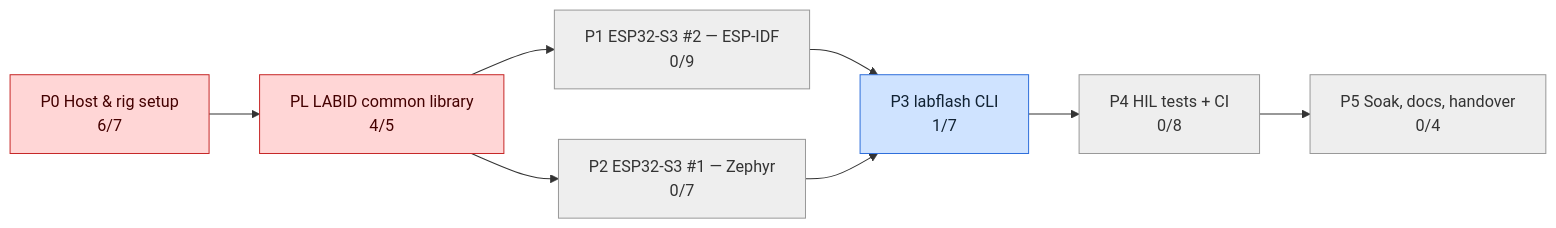
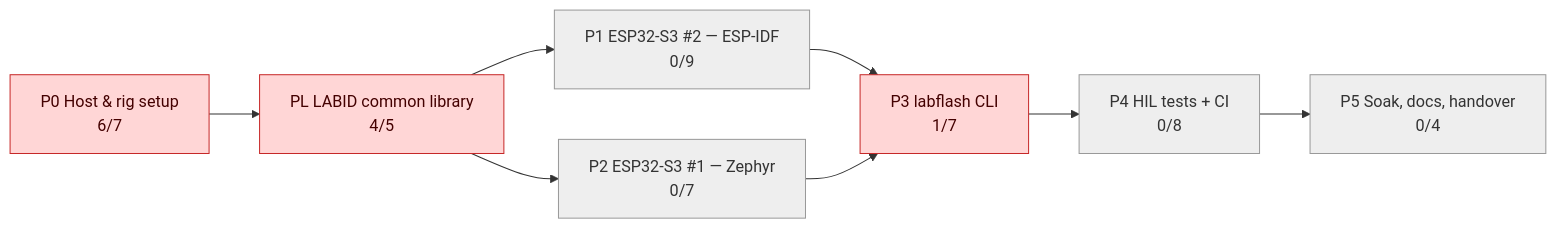
One commit to mohamed-soubhi/bootlab-esp changed the second of 3 diagrams in tickets/TICKETS.md. Above: the diagram before and after it, drawn with Mermaid. The commit also changed other lines of this file and 3 other files, not shown here.

````diff
--- a/tickets/TICKETS.md
+++ b/tickets/TICKETS.md
@@ -31,21 +31,21 @@
 ```mermaid
 flowchart LR
     E0["P0 Host & rig setup<br/>6/7"]:::blocked
     EL["PL LABID common library<br/>4/5"]:::blocked
     E1["P1 ESP32-S3 #2 — ESP-IDF<br/>0/9"]:::todo
     E2["P2 ESP32-S3 #1 — Zephyr<br/>0/7"]:::todo
-    E3["P3 labflash CLI<br/>1/7"]:::doing
+    E3["P3 labflash CLI<br/>1/7"]:::blocked
     E4["P4 HIL tests + CI<br/>0/8"]:::todo
     E5["P5 Soak, docs, handover<br/>0/4"]:::todo
     E0 --> EL
     E1 --> E3
     E2 --> E3
     E3 --> E4
     E4 --> E5
     EL --> E1
     EL --> E2
     classDef todo fill:#eeeeee,stroke:#999,color:#333
     classDef doing fill:#cfe3ff,stroke:#2f6fdb,color:#123
     classDef blocked fill:#ffd6d6,stroke:#c62828,color:#400
     classDef done fill:#d4f5d4,stroke:#2e7d32,color:#132
 ```
````
